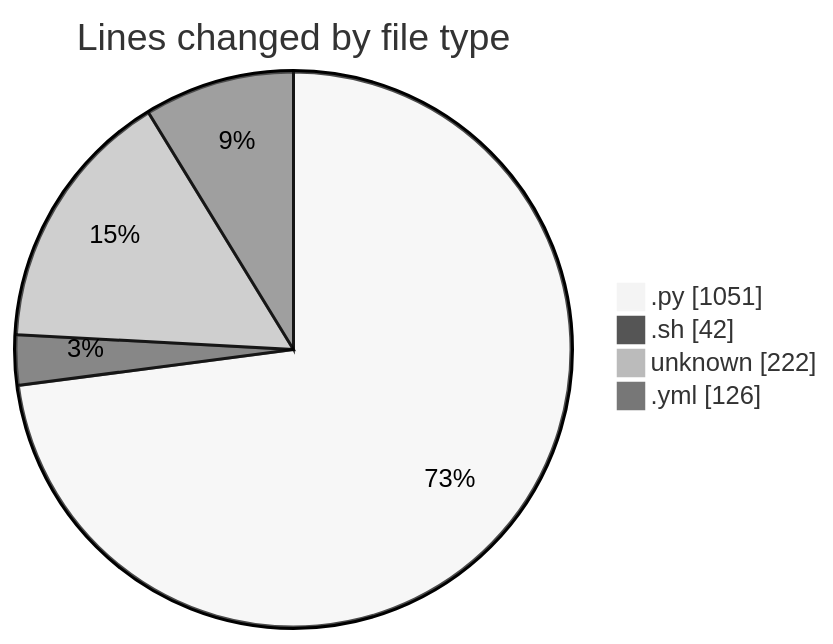
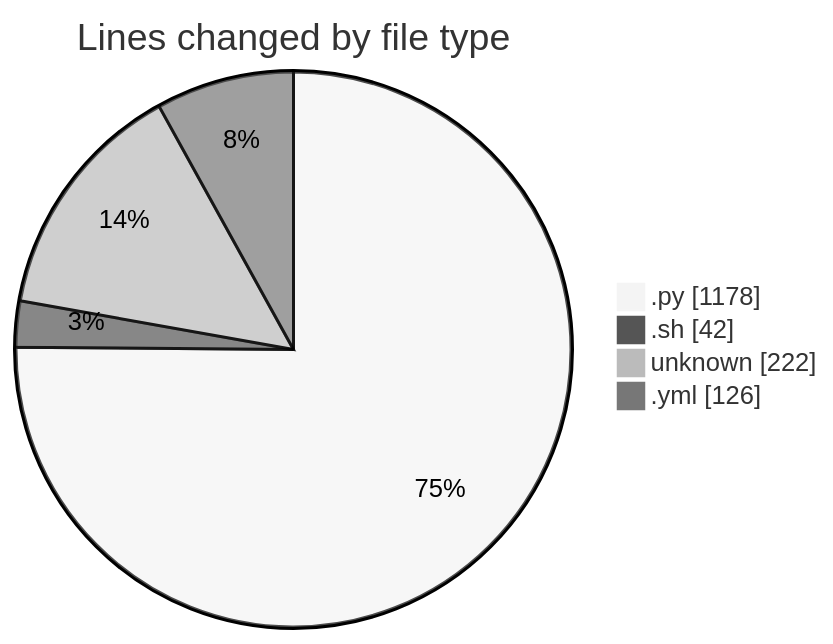
Before and after one commit to Elitesun/code-tracking: the first of 2 diagrams in 2025-05-14/niten/README.md, drawn with Mermaid (neutral theme). The commit also changed other lines of this file and 1 other file, not shown here.

````diff
--- a/2025-05-14/niten/README.md
+++ b/2025-05-14/niten/README.md
@@ -32,8 +33,8 @@
 ```mermaid
 pie showData
 title Lines changed by file type
-".py" : 1051
+".py" : 1178
 ".sh" : 42
 "unknown" : 222
 ".yml" : 126
 ```
````
